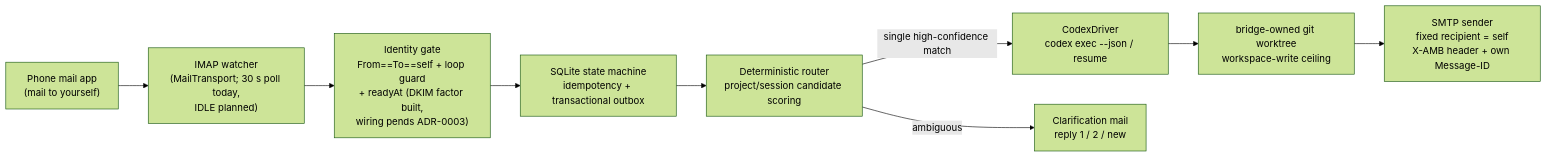
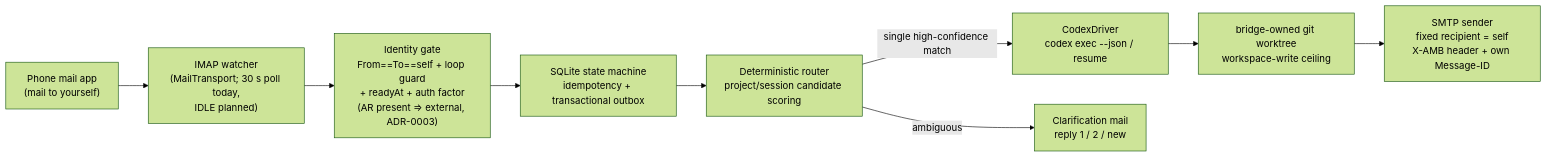
One commit to claude89757/agent-mail-bridge changed the diagram in docs/architecture.md. Above: the diagram before and after it, drawn with Mermaid (forest theme). The commit also changed other lines of this file and 3 other files, not shown here.

````diff
--- a/docs/architecture.md
+++ b/docs/architecture.md
@@ -14,11 +14,11 @@
 ```mermaid
 flowchart LR
     A["Phone mail app<br/>(mail to yourself)"] --> B["IMAP watcher<br/>(MailTransport; 30 s poll today,<br/>IDLE planned)"]
-    B --> C["Identity gate<br/>From==To==self + loop guard<br/>+ readyAt (DKIM factor built,<br/>wiring pends ADR-0003)"]
+    B --> C["Identity gate<br/>From==To==self + loop guard<br/>+ readyAt + auth factor<br/>(AR present ⇒ external, ADR-0003)"]
     C --> D["SQLite state machine<br/>idempotency + transactional outbox"]
     D --> E["Deterministic router<br/>project/session candidate scoring"]
     E -->|single high-confidence match| F["CodexDriver<br/>codex exec --json / resume"]
     E -->|ambiguous| G["Clarification mail<br/>reply 1 / 2 / new"]
     F --> H["bridge-owned git worktree<br/>workspace-write ceiling"]
     H --> I["SMTP sender<br/>fixed recipient = self<br/>X-AMB header + own Message-ID"]
 ```
````
